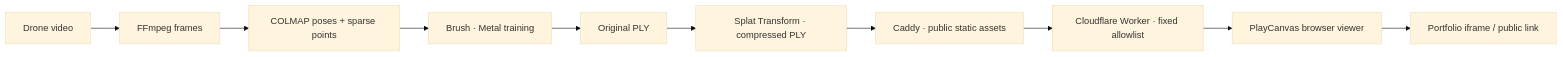
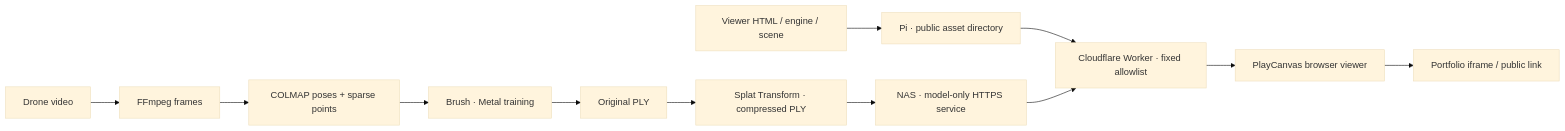
One commit to BlueStylo/drone-gaussian-pipeline changed the diagram in docs/architecture.md. Above: the diagram before and after it, drawn with Mermaid (base theme). The commit also changed other lines of this file and 10 other files, not shown here.

Commit message:
Serve the Gaussian model from a dedicated NAS HTTPS origin (#17)

````diff
--- a/docs/architecture.md
+++ b/docs/architecture.md
@@ -5,12 +7,14 @@
 ```mermaid
 flowchart LR
   A[Drone video] --> B[FFmpeg frames]
   B --> C[COLMAP poses + sparse points]
   C --> D[Brush · Metal training]
   D --> E[Original PLY]
   E --> F[Splat Transform · compressed PLY]
-  F --> G[Caddy · public static assets]
+  F --> N[NAS · model-only HTTPS service]
+  V[Viewer HTML / engine / scene] --> G[Pi · public asset directory]
   G --> H[Cloudflare Worker · fixed allowlist]
+  N --> H
   H --> I[PlayCanvas browser viewer]
   I --> J[Portfolio iframe / public link]
 ```
````
